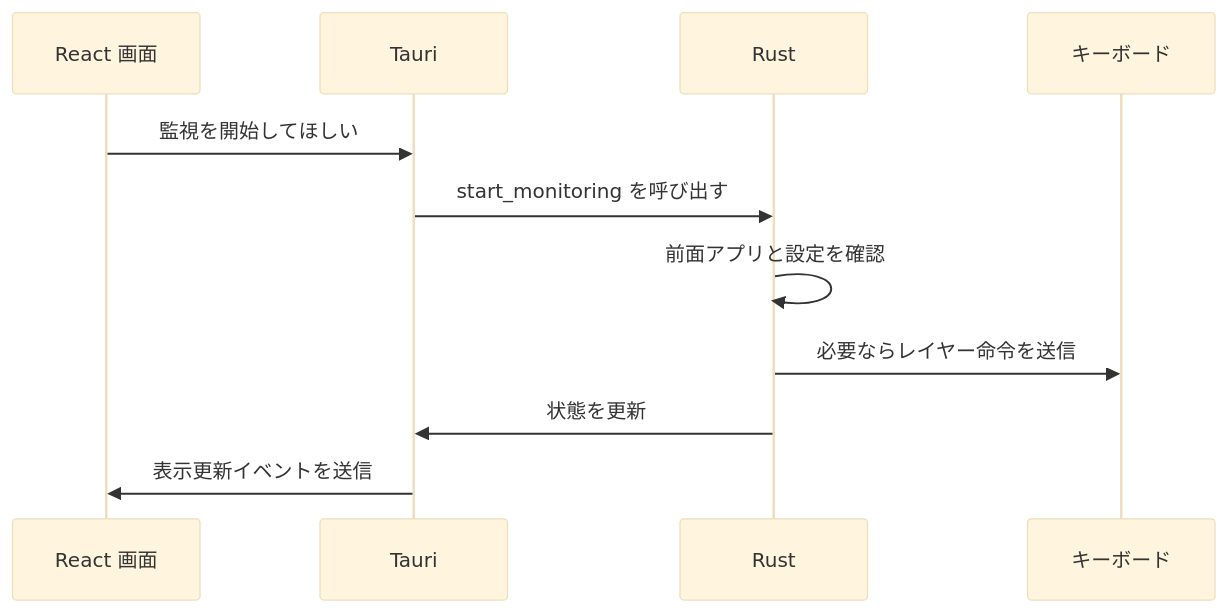
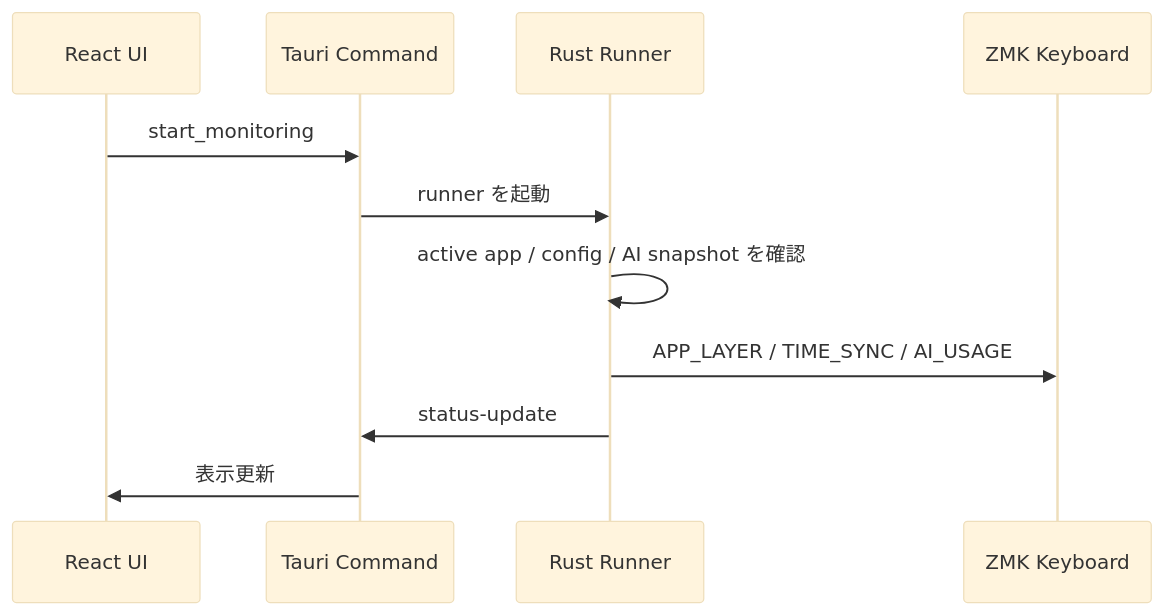
One commit to hrmt-lab/Keylink-Studio changed the second of 3 diagrams in docs/technology-overview.md. Above: the diagram before and after it, drawn with Mermaid (base theme). The commit also changed other lines of this file and 30 other files, not shown here.

````diff
--- a/docs/technology-overview.md
+++ b/docs/technology-overview.md
@@ -115,14 +118,13 @@
 ```mermaid
 sequenceDiagram
-    participant UI as React 画面
-    participant T as Tauri
-    participant R as Rust
-    participant K as キーボード
-
-    UI->>T: 監視を開始してほしい
-    T->>R: start_monitoring を呼び出す
-    R->>R: 前面アプリと設定を確認
-    R->>K: 必要ならレイヤー命令を送信
-    R->>T: 状態を更新
-    T->>UI: 表示更新イベントを送信
+    participant UI as React UI
+    participant T as Tauri Command
+    participant R as Rust Runner
+    participant K as ZMK Keyboard
+    UI->>T: start_monitoring
+    T->>R: runner を起動
+    R->>R: active app / config / AI snapshot を確認
+    R->>K: APP_LAYER / TIME_SYNC / AI_USAGE
+    R->>T: status-update
+    T->>UI: 表示更新
 ```
````
